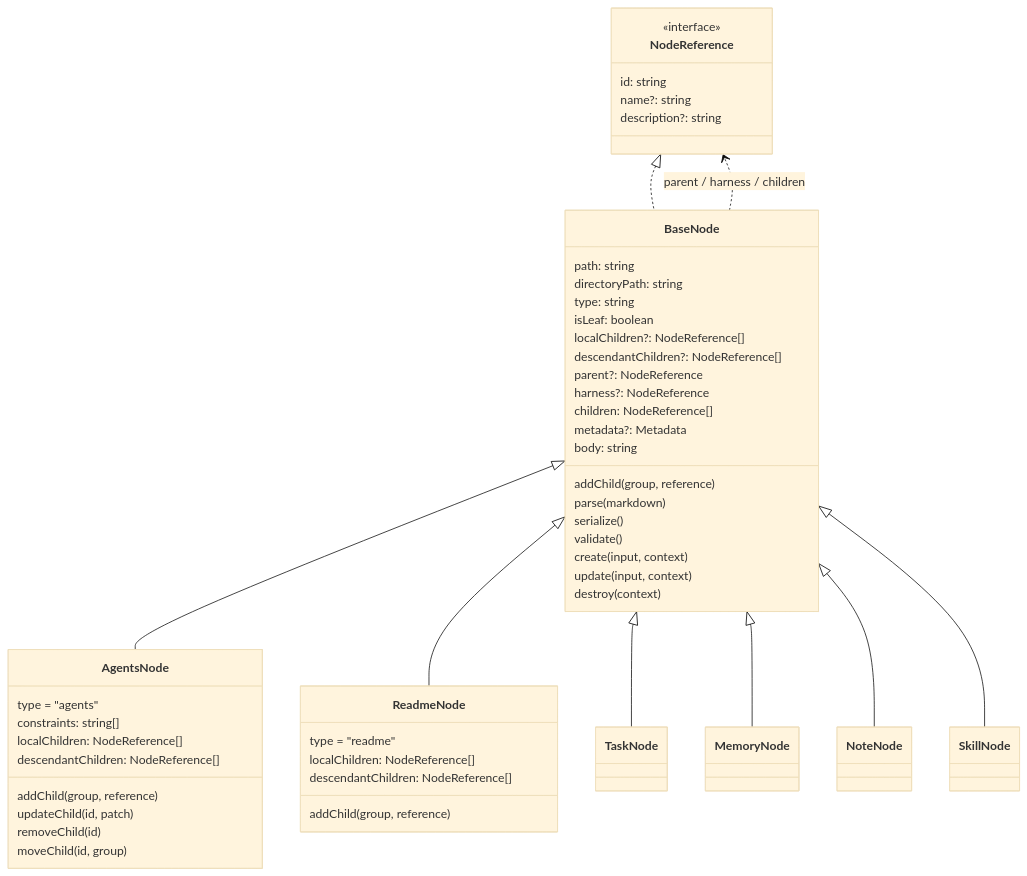
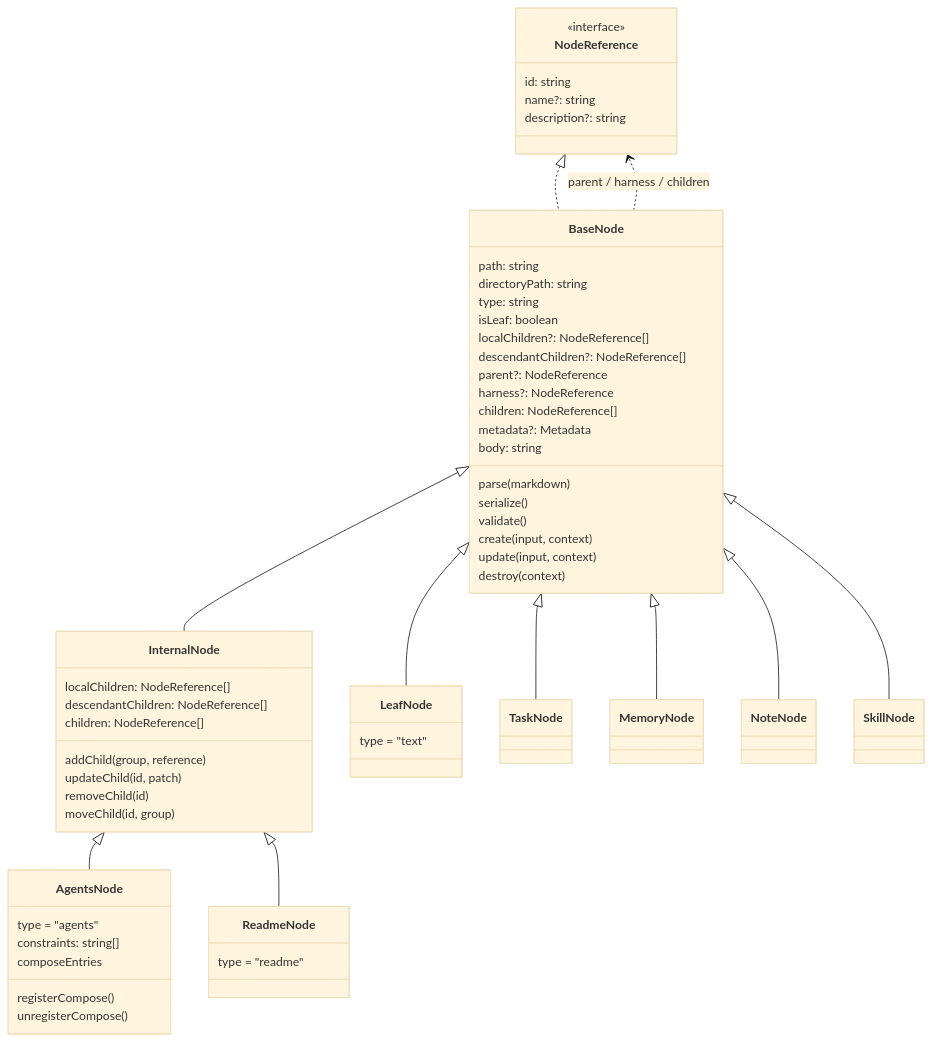
Before and after one commit to VirusPC/edges-brain-viruspc: the second of 6 diagrams in extensions/cli/src/domain/models/README.md, drawn with Mermaid (base theme). The commit also changed other lines of this file and 12 other files, not shown here.

First line of the commit message:
refactor: 用 InternalNode 承接组成索引

````diff
--- a/extensions/cli/src/domain/models/README.md
+++ b/extensions/cli/src/domain/models/README.md
@@ -47,53 +47,60 @@
 ```mermaid
 classDiagram
     class NodeReference {
         <<interface>>
         id: string
         name?: string
         description?: string
     }
     class BaseNode {
         path: string
         directoryPath: string
         type: string
         isLeaf: boolean
         localChildren?: NodeReference[]
         descendantChildren?: NodeReference[]
         parent?: NodeReference
         harness?: NodeReference
         children: NodeReference[]
-        addChild(group, reference)
         metadata?: Metadata
         body: string
         parse(markdown)
         serialize()
         validate()
         create(input, context)
         update(input, context)
         destroy(context)
     }
-    class AgentsNode {
-        type = "agents"
-        constraints: string[]
+    class InternalNode {
         localChildren: NodeReference[]
         descendantChildren: NodeReference[]
+        children: NodeReference[]
         addChild(group, reference)
         updateChild(id, patch)
         removeChild(id)
         moveChild(id, group)
     }
+    class LeafNode {
+        type = "text"
+    }
+    class AgentsNode {
+        type = "agents"
+        constraints: string[]
+        composeEntries
+        registerCompose()
+        unregisterCompose()
+    }
     class ReadmeNode {
         type = "readme"
-        localChildren: NodeReference[]
-        descendantChildren: NodeReference[]
-        addChild(group, reference)
     }
     NodeReference <|.. BaseNode
-    BaseNode <|-- AgentsNode
-    BaseNode <|-- ReadmeNode
+    BaseNode <|-- InternalNode
+    BaseNode <|-- LeafNode
     BaseNode <|-- TaskNode
     BaseNode <|-- MemoryNode
     BaseNode <|-- NoteNode
     BaseNode <|-- SkillNode
+    InternalNode <|-- AgentsNode
+    InternalNode <|-- ReadmeNode
     BaseNode ..> NodeReference : parent / harness / children
 ```
````
